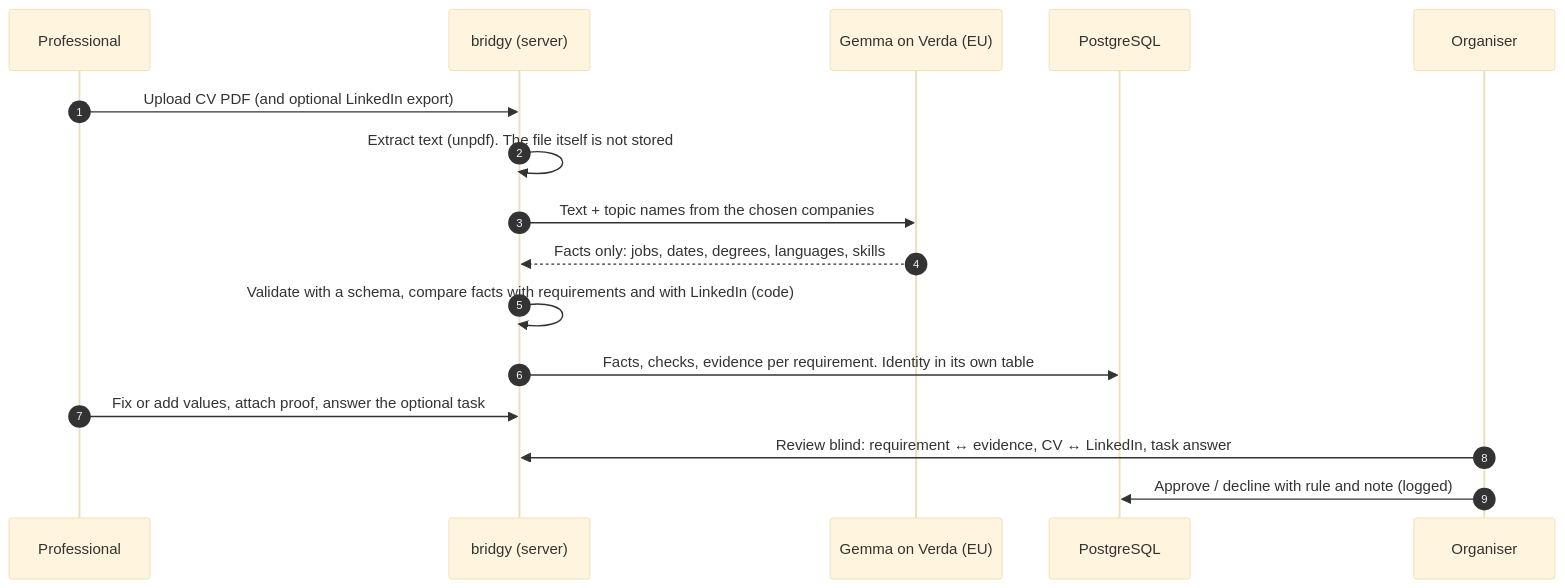
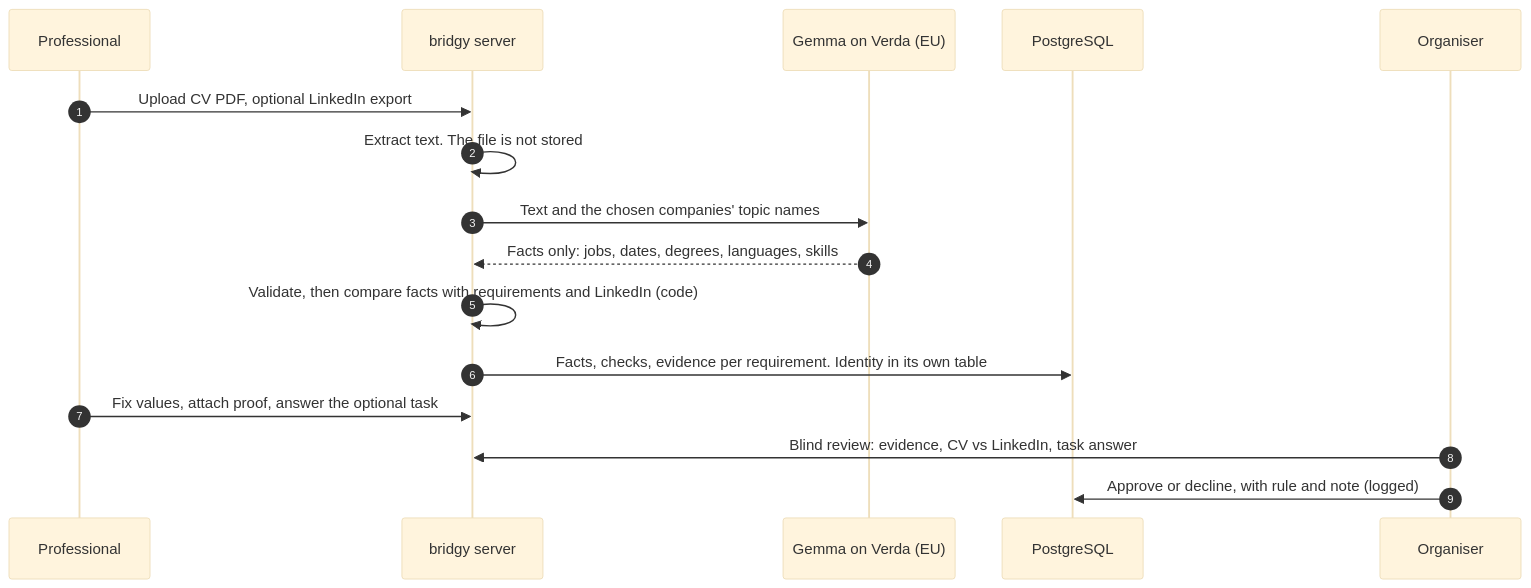
The second of 3 diagrams in README.md (kassxxv/junction-2026-lafa), drawn with Mermaid (base theme) before and after one commit. The commit also changed other lines of this file, not shown here.

````diff
--- a/README.md
+++ b/README.md
@@ -120,19 +154,19 @@
 ```mermaid
 sequenceDiagram
   autonumber
   participant P as Professional
-  participant App as bridgy (server)
+  participant App as bridgy server
   participant G as Gemma on Verda (EU)
   participant DB as PostgreSQL
   participant O as Organiser
 
-  P->>App: Upload CV PDF (and optional LinkedIn export)
-  App->>App: Extract text (unpdf). The file itself is not stored
-  App->>G: Text + topic names from the chosen companies
+  P->>App: Upload CV PDF, optional LinkedIn export
+  App->>App: Extract text. The file is not stored
+  App->>G: Text and the chosen companies' topic names
   G-->>App: Facts only: jobs, dates, degrees, languages, skills
-  App->>App: Validate with a schema, compare facts with requirements and with LinkedIn (code)
+  App->>App: Validate, then compare facts with requirements and LinkedIn (code)
   App->>DB: Facts, checks, evidence per requirement. Identity in its own table
-  P->>App: Fix or add values, attach proof, answer the optional task
-  O->>App: Review blind: requirement ↔ evidence, CV ↔ LinkedIn, task answer
-  O->>DB: Approve / decline with rule and note (logged)
+  P->>App: Fix values, attach proof, answer the optional task
+  O->>App: Blind review: evidence, CV vs LinkedIn, task answer
+  O->>DB: Approve or decline, with rule and note (logged)
 ```
````
